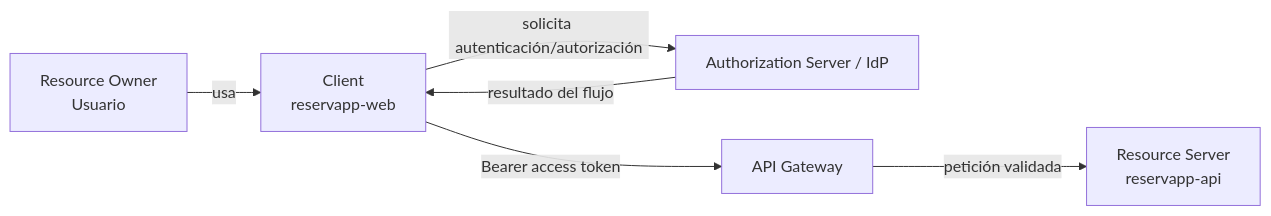
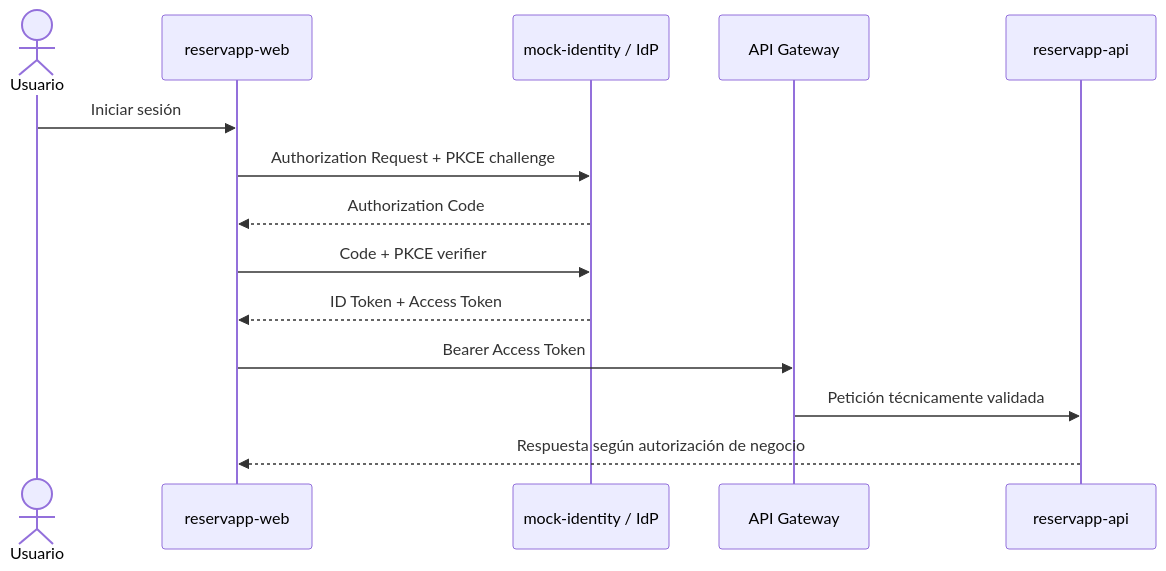
Before and after one commit to cmartinezs/DSY1107-DESARROLLO-CLOUD-NATIVE-I-2026-2: the second of 4 diagrams in semanas/semana-02/laboratorio-flujo-identidad/README.md, drawn with Mermaid. The commit also changed other lines of this file, not shown here.

````diff
--- a/semanas/semana-02/laboratorio-flujo-identidad/README.md
+++ b/semanas/semana-02/laboratorio-flujo-identidad/README.md
@@ -103,14 +125,17 @@
 ```mermaid
-flowchart LR
-    U[Resource Owner\nUsuario]
-    W[Client\nreservapp-web]
-    I[Authorization Server / IdP]
-    G[API Gateway]
-    A[Resource Server\nreservapp-api]
+sequenceDiagram
+    actor U as Usuario
+    participant W as reservapp-web
+    participant I as mock-identity / IdP
+    participant G as API Gateway
+    participant A as reservapp-api
 
-    U -->|usa| W
-    W -->|solicita autenticación/autorización| I
-    I -->|resultado del flujo| W
-    W -->|Bearer access token| G
-    G -->|petición validada| A
+    U->>W: Iniciar sesión
+    W->>I: Authorization Request + PKCE challenge
+    I-->>W: Authorization Code
+    W->>I: Code + PKCE verifier
+    I-->>W: ID Token + Access Token
+    W->>G: Bearer Access Token
+    G->>A: Petición técnicamente validada
+    A-->>W: Respuesta según autorización de negocio
 ```
````
